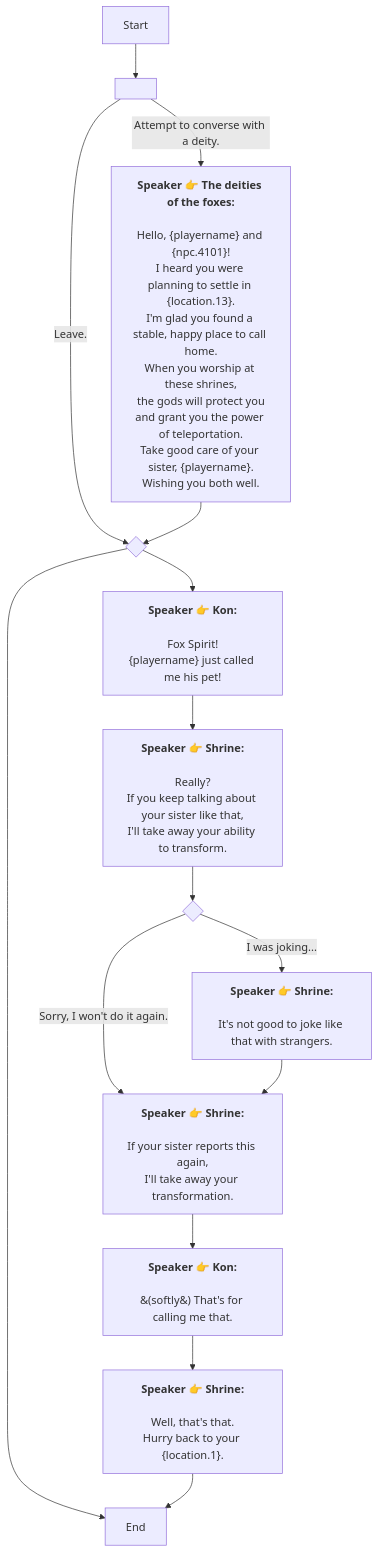
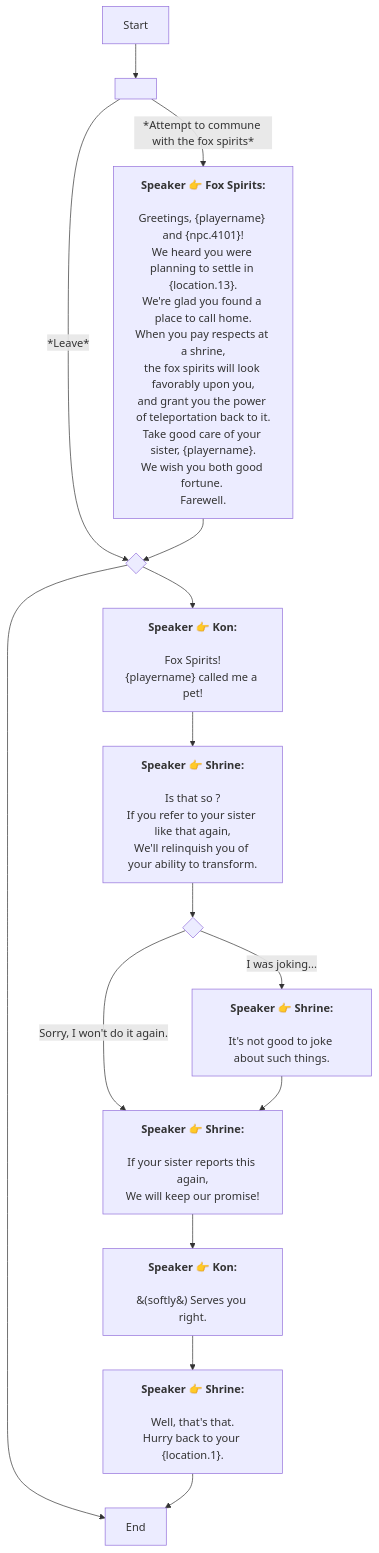
The diagram in En/QuestStartTalkENode_1738566732211423.md (SoftHu/tos_avg), drawn with Mermaid before and after one commit. The commit also changed 312 other files, not shown here.

````diff
--- a/En/QuestStartTalkENode_1738566732211423.md
+++ b/En/QuestStartTalkENode_1738566732211423.md
@@ -1,47 +1,48 @@
 ```mermaid
 graph
 Start -->1738567855327459[ ]
-1738567855327459 -->|Attempt to converse with a deity.|1738567884438762[<b>Speaker 👉 The deities of the foxes:</b>
+1738567855327459 -->|*Attempt to commune with the fox spirits*|1738567884438762[<b>Speaker 👉 Fox Spirits:</b>
 
-Hello, &lbrace;playername&rbrace; and &lbrace;npc.4101&rbrace;!
-I heard you were planning to settle in &lbrace;location.13&rbrace;.
-I'm glad you found a stable, happy place to call home.
-When you worship at these shrines,
-the gods will protect you
-and grant you the power of teleportation.
+Greetings, &lbrace;playername&rbrace; and &lbrace;npc.4101&rbrace;!
+We heard you were planning to settle in &lbrace;location.13&rbrace;.
+We're glad you found a place to call home.
+When you pay respects at a shrine,
+the fox spirits will look favorably upon you,
+and grant you the power of teleportation back to it.
 Take good care of your sister, &lbrace;playername&rbrace;.
-Wishing you both well.]
-1738567855327459 -->|Leave.|1751470926328118[ ]
+We wish you both good fortune. 
+Farewell.]
+1738567855327459 -->|*Leave*|1751470926328118[ ]
 1738567884438762 -->1751470926328118{ }
 1751470926328118 -->1751470966013239[<b>Speaker 👉 Kon:</b>
 
-Fox Spirit!
-&lbrace;playername&rbrace; just called me his pet!]
+Fox Spirits!
+&lbrace;playername&rbrace; called me a pet!]
 1751470926328118 -->1738567876941033[End]
 1751470966013239 -->1751471393183033[<b>Speaker 👉 Shrine:</b>
 
-Really?
-If you keep talking about your sister like that,
-I'll take away your ability to transform.]
+Is that so ?
+If you refer to your sister like that again,
+We'll relinquish you of your ability to transform.]
 1751471393183033 -->1751471339447608{ }
 1751471339447608 -->|I was joking...|1751471477905726[<b>Speaker 👉 Shrine:</b>
 
-It's not good to joke like that with strangers.]
+It's not good to joke about such things.]
 1751471339447608 -->|Sorry, I won't do it again.|1751471591685440[<b>Speaker 👉 Shrine:</b>
 
 If your sister reports this again,
-I'll take away your transformation.]
+We will keep our promise!]
 1751471477905726 -->1751471591685440[<b>Speaker 👉 Shrine:</b>
 
 If your sister reports this again,
-I'll take away your transformation.]
+We will keep our promise!]
 1751471591685440 -->1751471518734655[<b>Speaker 👉 Kon:</b>
 
-&#40;softly&#41; That's for calling me that.]
+&#40;softly&#41; Serves you right.]
 1751471518734655 -->1751471654534465[<b>Speaker 👉 Shrine:</b>
 
 Well, that's that.
 Hurry back to your &lbrace;location.1&rbrace;.]
 1751471654534465 -->1738567876941033[End]
 
  ```
````
